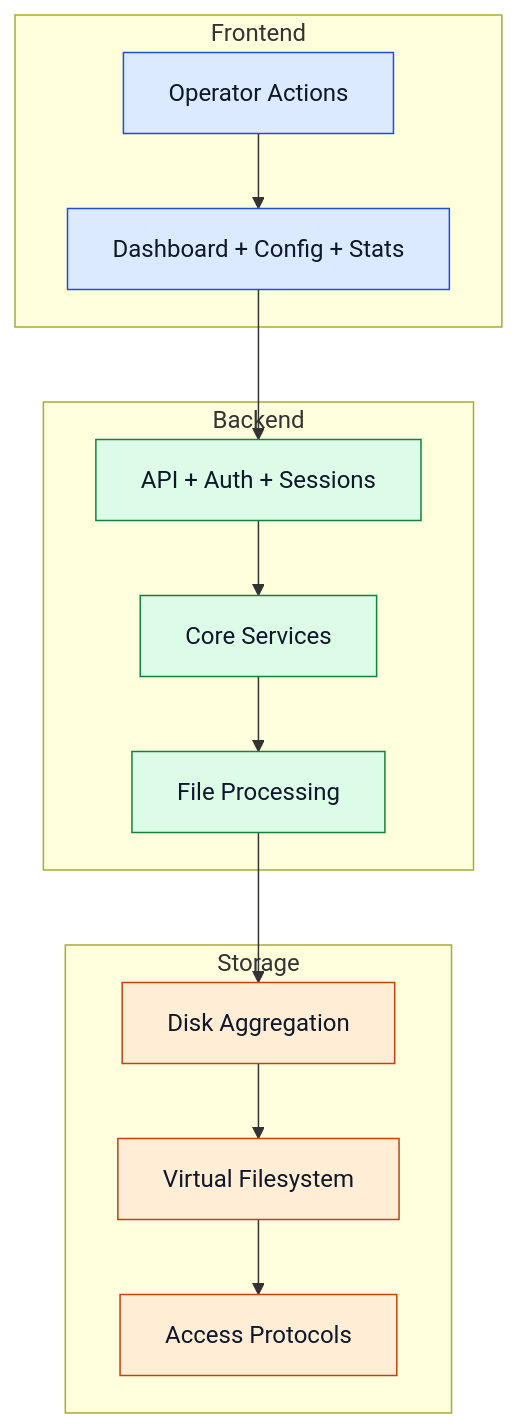
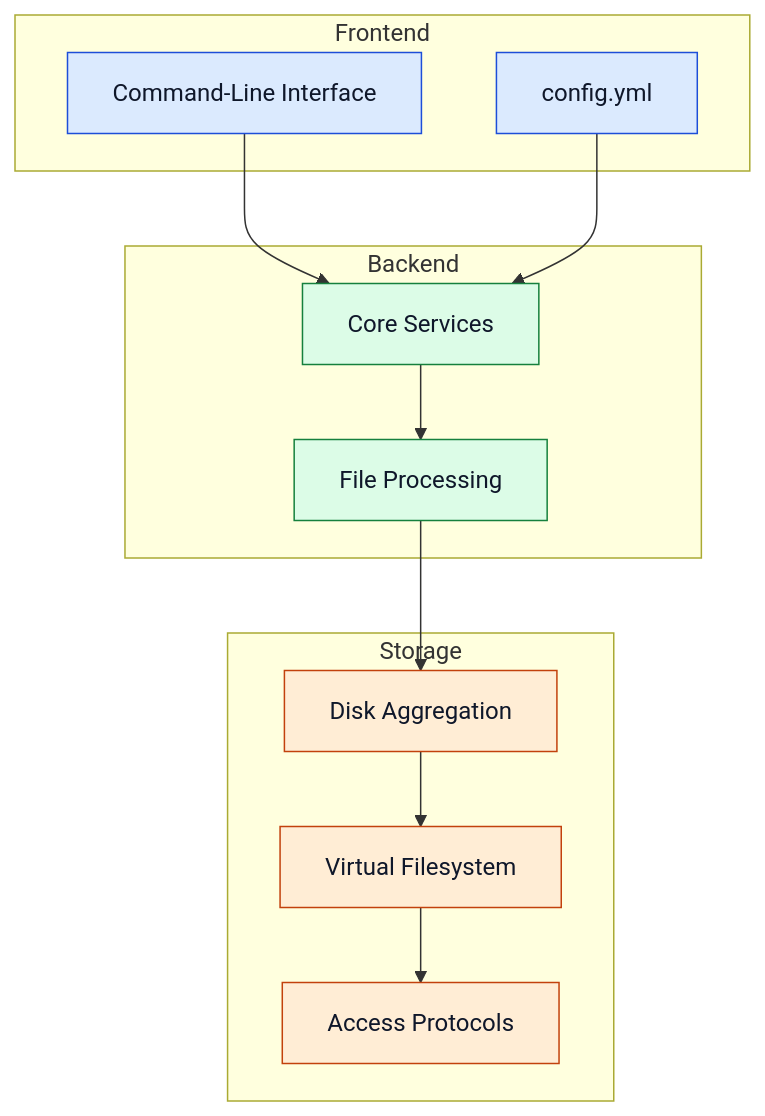
The diagram in docusaurus/docs/architecture.md (VulcanoSoftware/eindproject), drawn with Mermaid before and after one commit. The commit also changed other lines of this file and 4 other files, not shown here.

````diff
--- a/docusaurus/docs/architecture.md
+++ b/docusaurus/docs/architecture.md
@@ -12,29 +12,30 @@
 ```mermaid
 flowchart TB
   subgraph Frontend
-    UI[Dashboard + Config + Stats]
-    UX[Operator Actions]
+    CLI[Command-Line Interface]
+    CFG[config.yml]
   end
 
   subgraph Backend
-    API[API + Auth + Sessions]
     CORE[Core Services]
     PROC[File Processing]
   end
 
   subgraph Storage
     AGG[Disk Aggregation]
     VFS[Virtual Filesystem]
     PROTO[Access Protocols]
   end
 
-  UX --> UI --> API --> CORE --> PROC --> AGG --> VFS --> PROTO
+  CLI --> CORE
+  CFG --> CORE
+  CORE --> PROC --> AGG --> VFS --> PROTO
 
   classDef frontend fill:#dbeafe,stroke:#1d4ed8,color:#0f172a,stroke-width:1px;
   classDef backend fill:#dcfce7,stroke:#15803d,color:#0f172a,stroke-width:1px;
   classDef storage fill:#ffedd5,stroke:#c2410c,color:#0f172a,stroke-width:1px;
 
-  class UI,UX frontend;
-  class API,CORE,PROC backend;
+  class CLI,CFG frontend;
+  class CORE,PROC backend;
   class AGG,VFS,PROTO storage;
 ```
````
